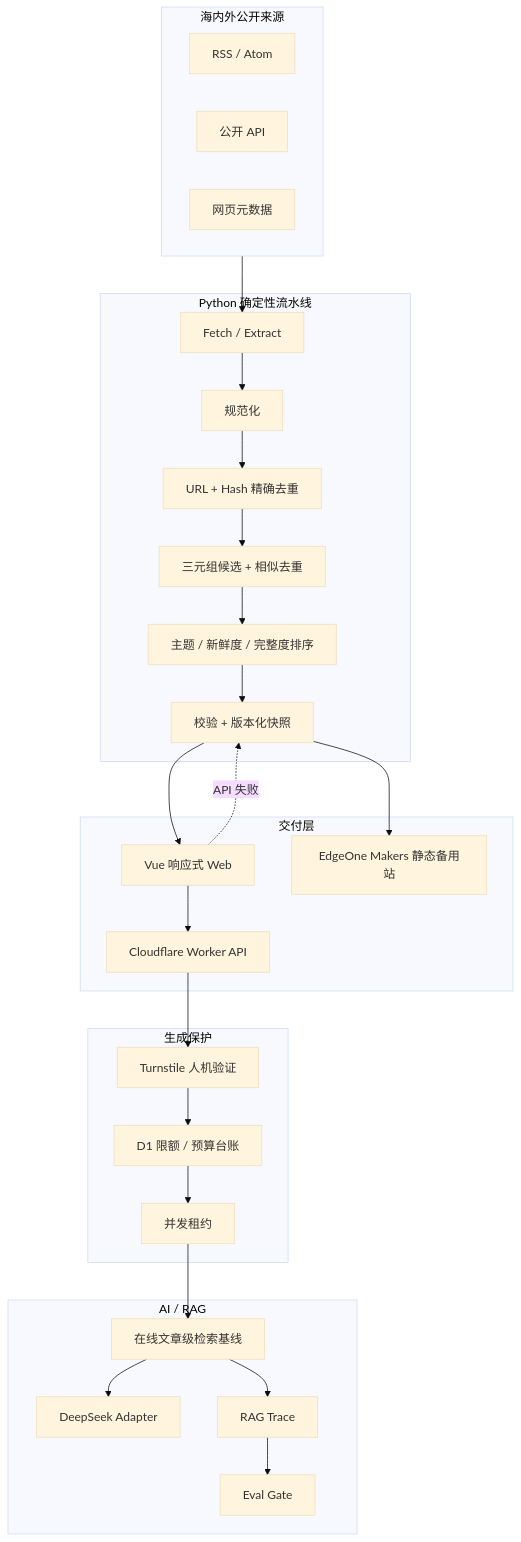
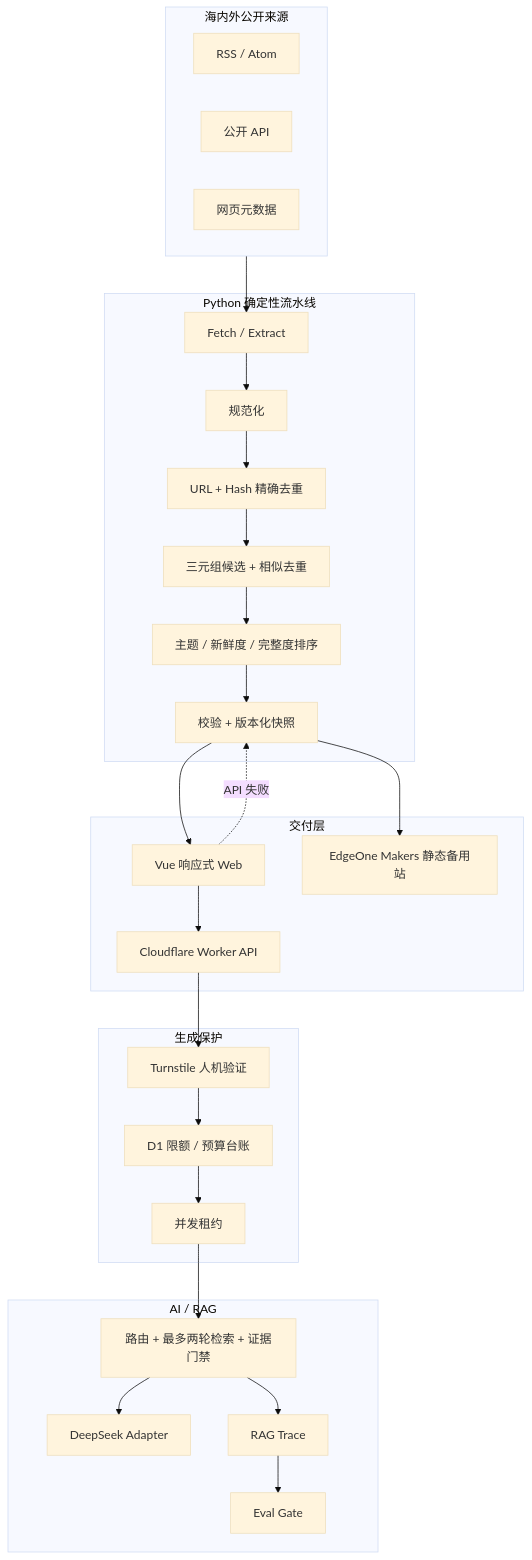
The diagram in docs/工程架构说明.md (Dyj0926D/newseviday), drawn with Mermaid (base theme) before and after one commit. The commit also changed other lines of this file and 37 other files, not shown here.

````diff
--- a/docs/工程架构说明.md
+++ b/docs/工程架构说明.md
@@ -13,44 +13,44 @@
 ```mermaid
 flowchart TB
     subgraph Sources["海内外公开来源"]
       RSS["RSS / Atom"]
       API["公开 API"]
       WEB["网页元数据"]
     end
 
     subgraph Offline["Python 确定性流水线"]
       Fetch["Fetch / Extract"]
       Norm["规范化"]
       Exact["URL + Hash 精确去重"]
       Fuzzy["三元组候选 + 相似去重"]
       Select["主题 / 新鲜度 / 完整度排序"]
       Snap["校验 + 版本化快照"]
     end
 
     subgraph Delivery["交付层"]
       Vue["Vue 响应式 Web"]
       Worker["Cloudflare Worker API"]
       Edge["EdgeOne Makers 静态备用站"]
     end
 
     subgraph AI["AI / RAG"]
       Adapter["DeepSeek Adapter"]
-      Retrieve["在线文章级检索基线"]
+      Retrieve["路由 + 最多两轮检索 + 证据门禁"]
       Trace["RAG Trace"]
       Eval["Eval Gate"]
     end
 
     subgraph Guardrails["生成保护"]
       Turnstile["Turnstile 人机验证"]
       D1["D1 限额 / 预算台账"]
       Lease["并发租约"]
     end
 
     Sources --> Fetch --> Norm --> Exact --> Fuzzy --> Select --> Snap
     Snap --> Vue
     Vue --> Worker
     Vue -. "API 失败" .-> Snap
     Snap --> Edge
     Worker --> Turnstile --> D1 --> Lease --> Retrieve --> Adapter
     Retrieve --> Trace --> Eval
 ```
````
